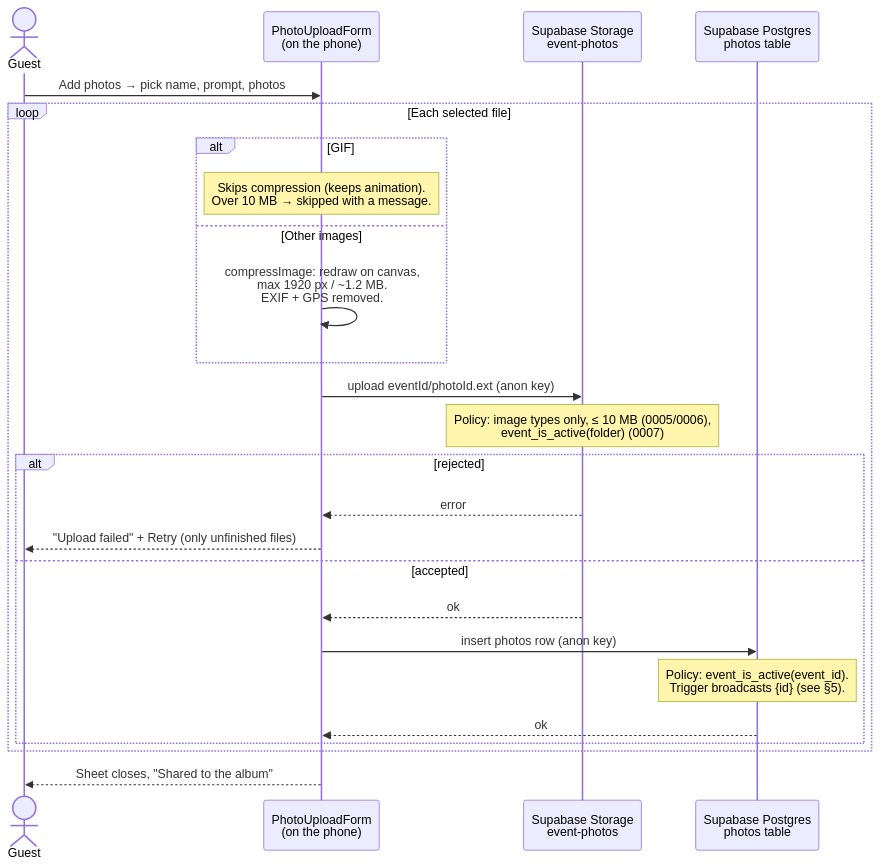
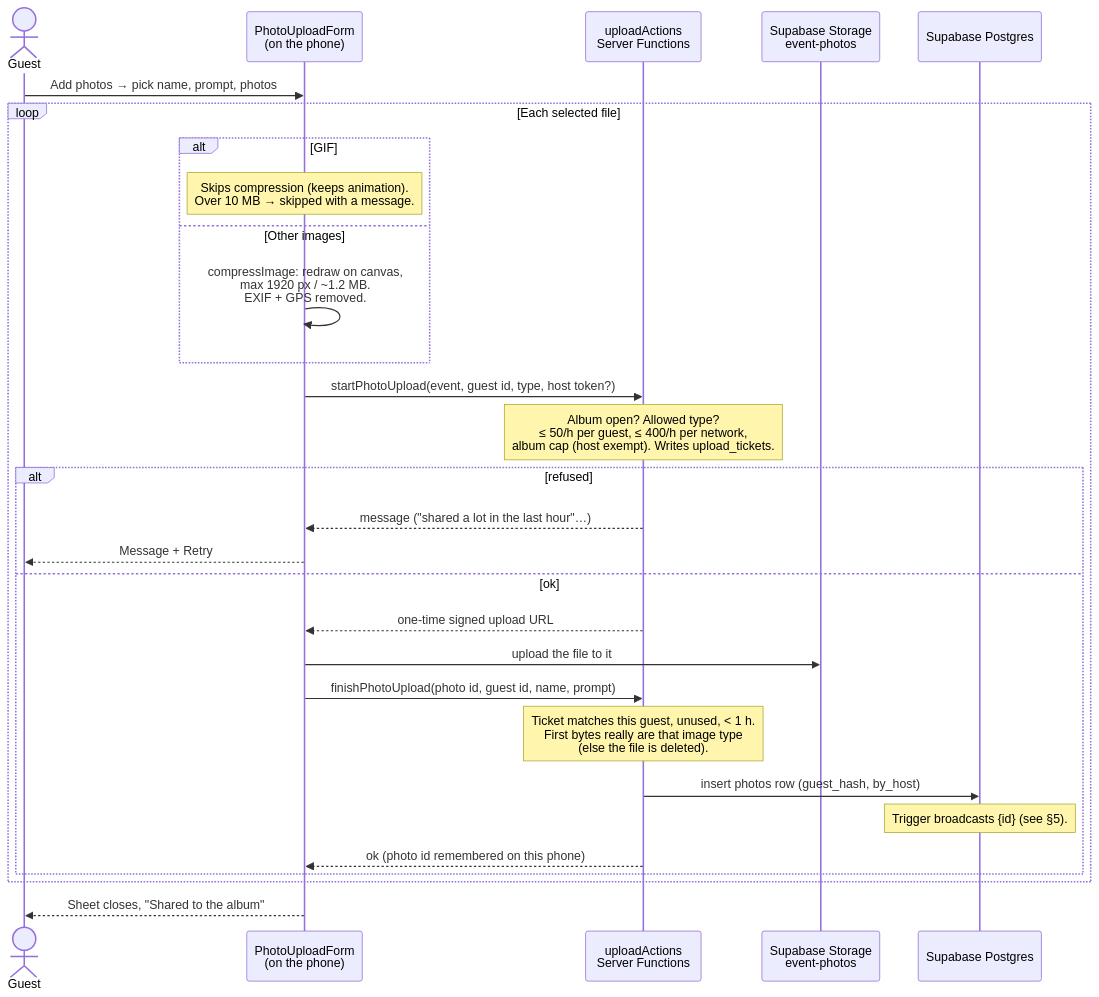
Before and after one commit to ebraheemfataar/event-photos-app: the fourth of 8 diagrams in docs/FLOWS.md, drawn with Mermaid. The commit also changed other lines of this file and 17 other files, not shown here.

````diff
--- a/docs/FLOWS.md
+++ b/docs/FLOWS.md
@@ -113,28 +119,32 @@
 ```mermaid
 sequenceDiagram
     actor Guest
     participant Form as PhotoUploadForm<br/>(on the phone)
+    participant Server as uploadActions<br/>Server Functions
     participant Storage as Supabase Storage<br/>event-photos
-    participant DB as Supabase Postgres<br/>photos table
+    participant DB as Supabase Postgres
 
     Guest->>Form: Add photos → pick name, prompt, photos
     loop Each selected file
         alt GIF
             Note over Form: Skips compression (keeps animation).<br/>Over 10 MB → skipped with a message.
         else Other images
             Form->>Form: compressImage: redraw on canvas,<br/>max 1920 px / ~1.2 MB.<br/>EXIF + GPS removed.
         end
-        Form->>Storage: upload eventId/photoId.ext (anon key)
-        Note over Storage: Policy: image types only, ≤ 10 MB (0005/0006),<br/>event_is_active(folder) (0007)
-        alt rejected
-            Storage-->>Form: error
-            Form-->>Guest: "Upload failed" + Retry (only unfinished files)
-        else accepted
-            Storage-->>Form: ok
-            Form->>DB: insert photos row (anon key)
-            Note over DB: Policy: event_is_active(event_id).<br/>Trigger broadcasts {id} (see §5).
-            DB-->>Form: ok
+        Form->>Server: startPhotoUpload(event, guest id, type, host token?)
+        Note over Server: Album open? Allowed type?<br/>≤ 50/h per guest, ≤ 400/h per network,<br/>album cap (host exempt). Writes upload_tickets.
+        alt refused
+            Server-->>Form: message ("shared a lot in the last hour"…)
+            Form-->>Guest: Message + Retry
+        else ok
+            Server-->>Form: one-time signed upload URL
+            Form->>Storage: upload the file to it
+            Form->>Server: finishPhotoUpload(photo id, guest id, name, prompt)
+            Note over Server: Ticket matches this guest, unused, < 1 h.<br/>First bytes really are that image type<br/>(else the file is deleted).
+            Server->>DB: insert photos row (guest_hash, by_host)
+            Note over DB: Trigger broadcasts {id} (see §5).
+            Server-->>Form: ok (photo id remembered on this phone)
         end
     end
     Form-->>Guest: Sheet closes, "Shared to the album"
 ```
````
